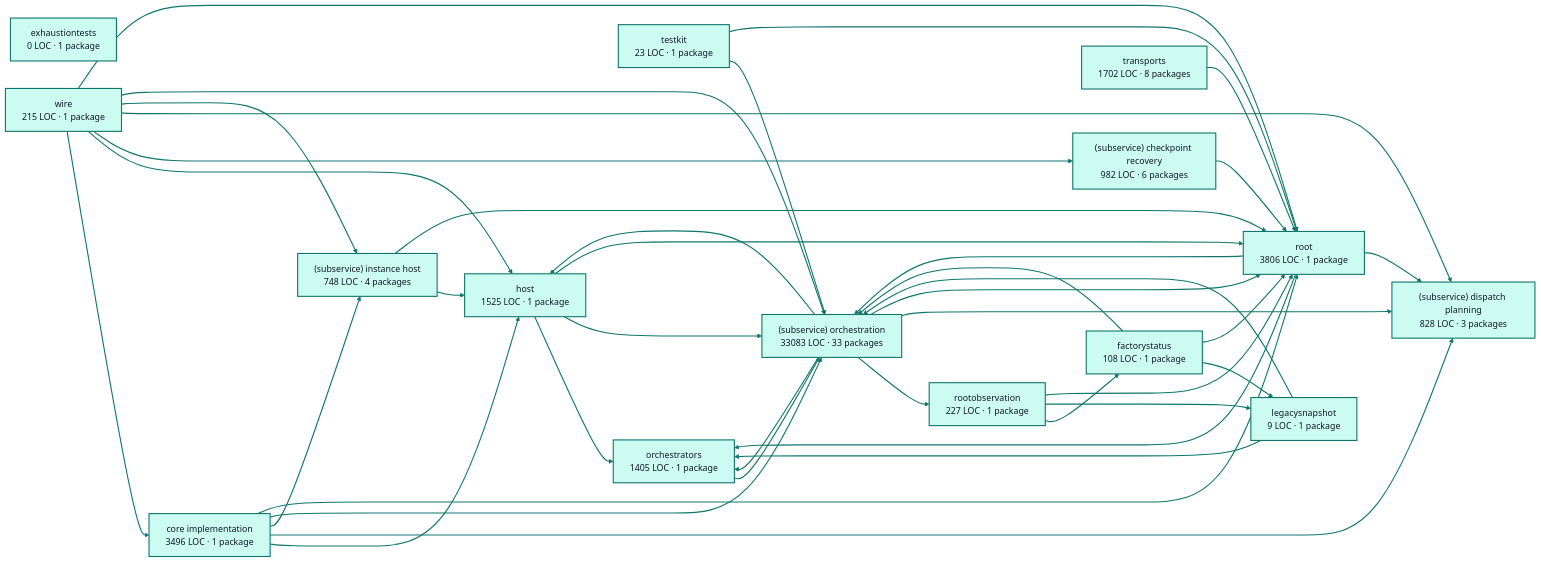
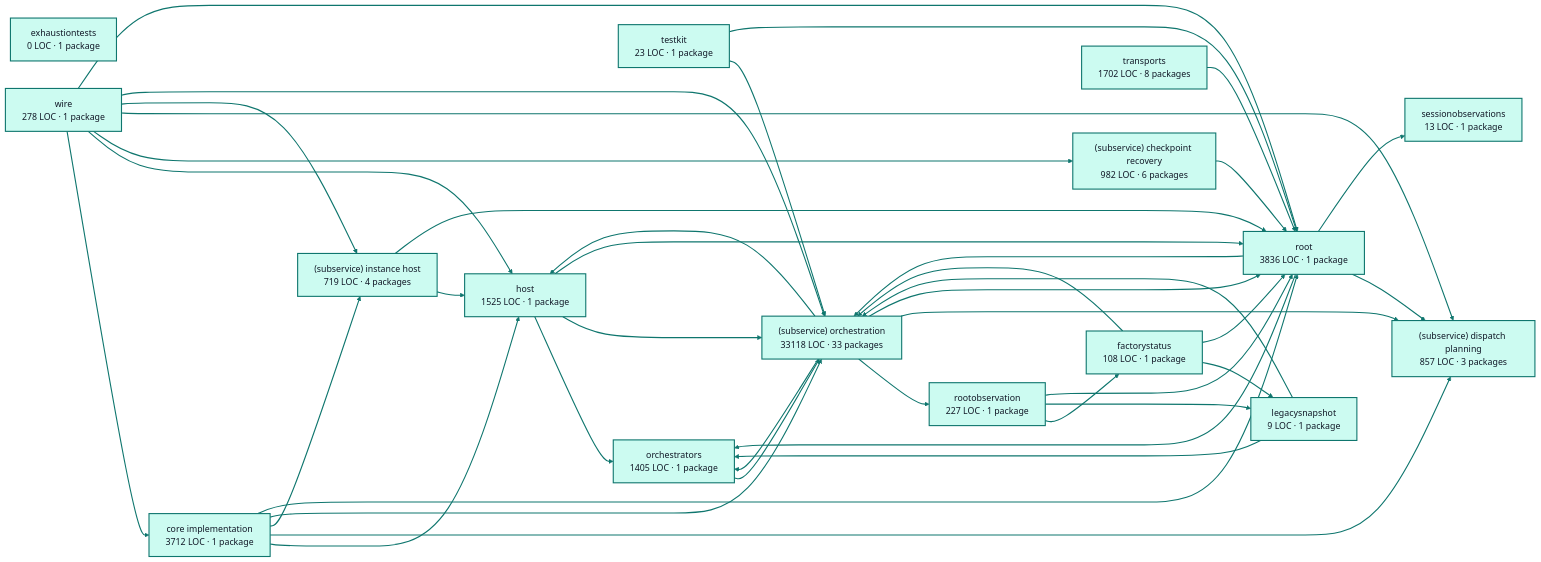
One commit to portpowered/you-agent-factory changed the diagram in docs/architecture/visualizations/services/factory_runtime.md. Above: the diagram before and after it, drawn with Mermaid. The commit also changed other lines of this file and 20 other files, not shown here.

Commit message:
docs: refresh backend architecture visualizations

````diff
--- a/docs/architecture/visualizations/services/factory_runtime.md
+++ b/docs/architecture/visualizations/services/factory_runtime.md
@@ -11,72 +11,75 @@
 ```mermaid
 flowchart LR
-  p0["core implementation<br/>3496 LOC · 1 package"]
+  p0["core implementation<br/>3712 LOC · 1 package"]
   p1["exhaustiontests<br/>0 LOC · 1 package"]
   p2["factorystatus<br/>108 LOC · 1 package"]
   p3["host<br/>1525 LOC · 1 package"]
   p4["legacysnapshot<br/>9 LOC · 1 package"]
   p5["orchestrators<br/>1405 LOC · 1 package"]
   p6["rootobservation<br/>227 LOC · 1 package"]
   p7["(subservice) checkpoint recovery<br/>982 LOC · 6 packages"]
-  p8["(subservice) dispatch planning<br/>828 LOC · 3 packages"]
-  p9["(subservice) instance host<br/>748 LOC · 4 packages"]
-  p10["(subservice) orchestration<br/>33083 LOC · 33 packages"]
-  p11["testkit<br/>23 LOC · 1 package"]
-  p12["root<br/>3806 LOC · 1 package"]
-  p13["transports<br/>1702 LOC · 8 packages"]
-  p14["wire<br/>215 LOC · 1 package"]
+  p8["(subservice) dispatch planning<br/>857 LOC · 3 packages"]
+  p9["(subservice) instance host<br/>719 LOC · 4 packages"]
+  p10["(subservice) orchestration<br/>33118 LOC · 33 packages"]
+  p11["sessionobservations<br/>13 LOC · 1 package"]
+  p12["testkit<br/>23 LOC · 1 package"]
+  p13["root<br/>3836 LOC · 1 package"]
+  p14["transports<br/>1702 LOC · 8 packages"]
+  p15["wire<br/>278 LOC · 1 package"]
   p0 --> p3
   p0 --> p8
   p0 --> p9
   p0 --> p10
-  p0 --> p12
+  p0 --> p13
   p2 --> p4
   p2 --> p10
-  p2 --> p12
+  p2 --> p13
   p3 --> p5
   p3 --> p10
-  p3 --> p12
+  p3 --> p13
   p4 --> p5
   p4 --> p10
   p5 --> p10
   p6 --> p2
   p6 --> p4
-  p6 --> p12
-  p7 --> p12
+  p6 --> p13
+  p7 --> p13
   p9 --> p3
-  p9 --> p12
+  p9 --> p13
   p10 --> p3
   p10 --> p5
   p10 --> p6
   p10 --> p8
-  p10 --> p12
-  p11 --> p10
-  p11 --> p12
-  p12 --> p5
-  p12 --> p8
+  p10 --> p13
   p12 --> p10
-  p13 --> p12
-  p14 --> p0
-  p14 --> p3
-  p14 --> p7
-  p14 --> p8
-  p14 --> p9
-  p14 --> p10
-  p14 --> p12
+  p12 --> p13
+  p13 --> p5
+  p13 --> p8
+  p13 --> p10
+  p13 --> p11
+  p14 --> p13
+  p15 --> p0
+  p15 --> p3
+  p15 --> p7
+  p15 --> p8
+  p15 --> p9
+  p15 --> p10
+  p15 --> p13
   style p0 fill:#ccfbf1,stroke:#0f766e,stroke-width:2px,color:#111827
   style p1 fill:#ccfbf1,stroke:#0f766e,stroke-width:2px,color:#111827
   style p2 fill:#ccfbf1,stroke:#0f766e,stroke-width:2px,color:#111827
   style p3 fill:#ccfbf1,stroke:#0f766e,stroke-width:2px,color:#111827
   style p4 fill:#ccfbf1,stroke:#0f766e,stroke-width:2px,color:#111827
   style p5 fill:#ccfbf1,stroke:#0f766e,stroke-width:2px,color:#111827
   style p6 fill:#ccfbf1,stroke:#0f766e,stroke-width:2px,color:#111827
   style p7 fill:#ccfbf1,stroke:#0f766e,stroke-width:2px,color:#111827
   style p8 fill:#ccfbf1,stroke:#0f766e,stroke-width:2px,color:#111827
   style p9 fill:#ccfbf1,stroke:#0f766e,stroke-width:2px,color:#111827
   style p10 fill:#ccfbf1,stroke:#0f766e,stroke-width:2px,color:#111827
   style p11 fill:#ccfbf1,stroke:#0f766e,stroke-width:2px,color:#111827
   style p12 fill:#ccfbf1,stroke:#0f766e,stroke-width:2px,color:#111827
   style p13 fill:#ccfbf1,stroke:#0f766e,stroke-width:2px,color:#111827
   style p14 fill:#ccfbf1,stroke:#0f766e,stroke-width:2px,color:#111827
+  style p15 fill:#ccfbf1,stroke:#0f766e,stroke-width:2px,color:#111827
   linkStyle default stroke:#0f766e,stroke-width:2px
 ```
````
